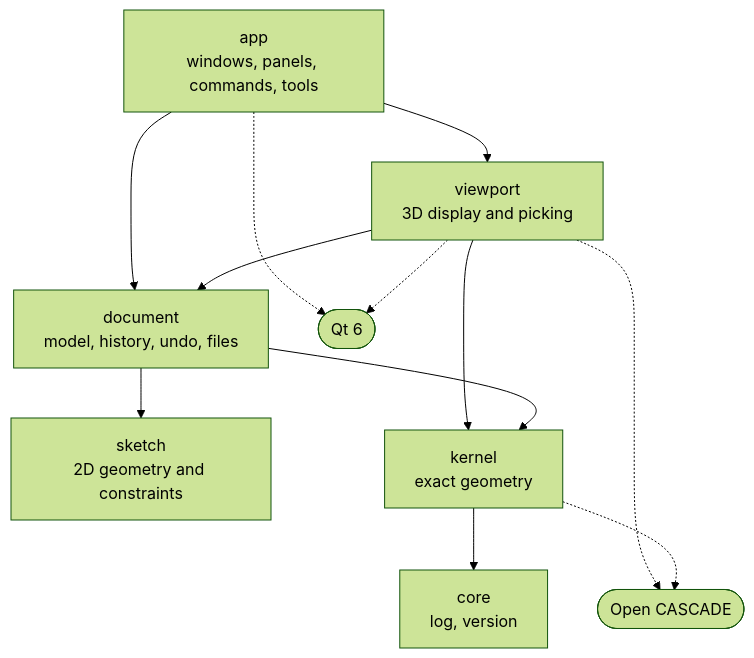
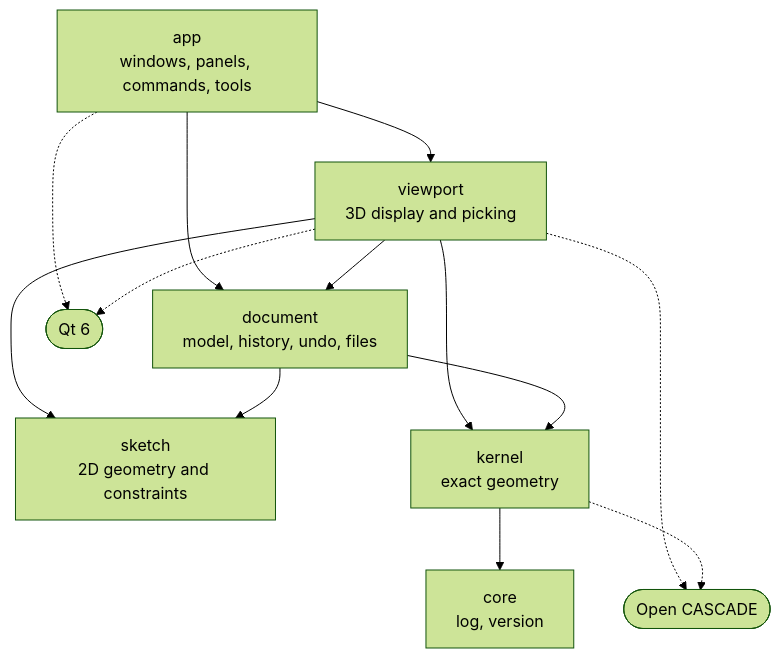
The diagram in docs/ARCHITECTURE.md (CheapAzHobbies/LCAD), drawn with Mermaid (forest theme) before and after one commit. The commit also changed other lines of this file and 8 other files, not shown here.

````diff
--- a/docs/ARCHITECTURE.md
+++ b/docs/ARCHITECTURE.md
@@ -24,23 +32,24 @@
 ```mermaid
 flowchart TD
     app["app<br/>windows, panels, commands, tools"]
     viewport["viewport<br/>3D display and picking"]
     document["document<br/>model, history, undo, files"]
     sketch["sketch<br/>2D geometry and constraints"]
     kernel["kernel<br/>exact geometry"]
     core["core<br/>log, version"]
     qt(["Qt 6"])
     occt(["Open CASCADE"])
 
     app --> viewport
     app --> document
     viewport --> document
     viewport --> kernel
+    viewport --> sketch
     document --> sketch
     document --> kernel
     kernel --> core
     app -.-> qt
     viewport -.-> qt
     viewport -.-> occt
     kernel -.-> occt
 ```
````
